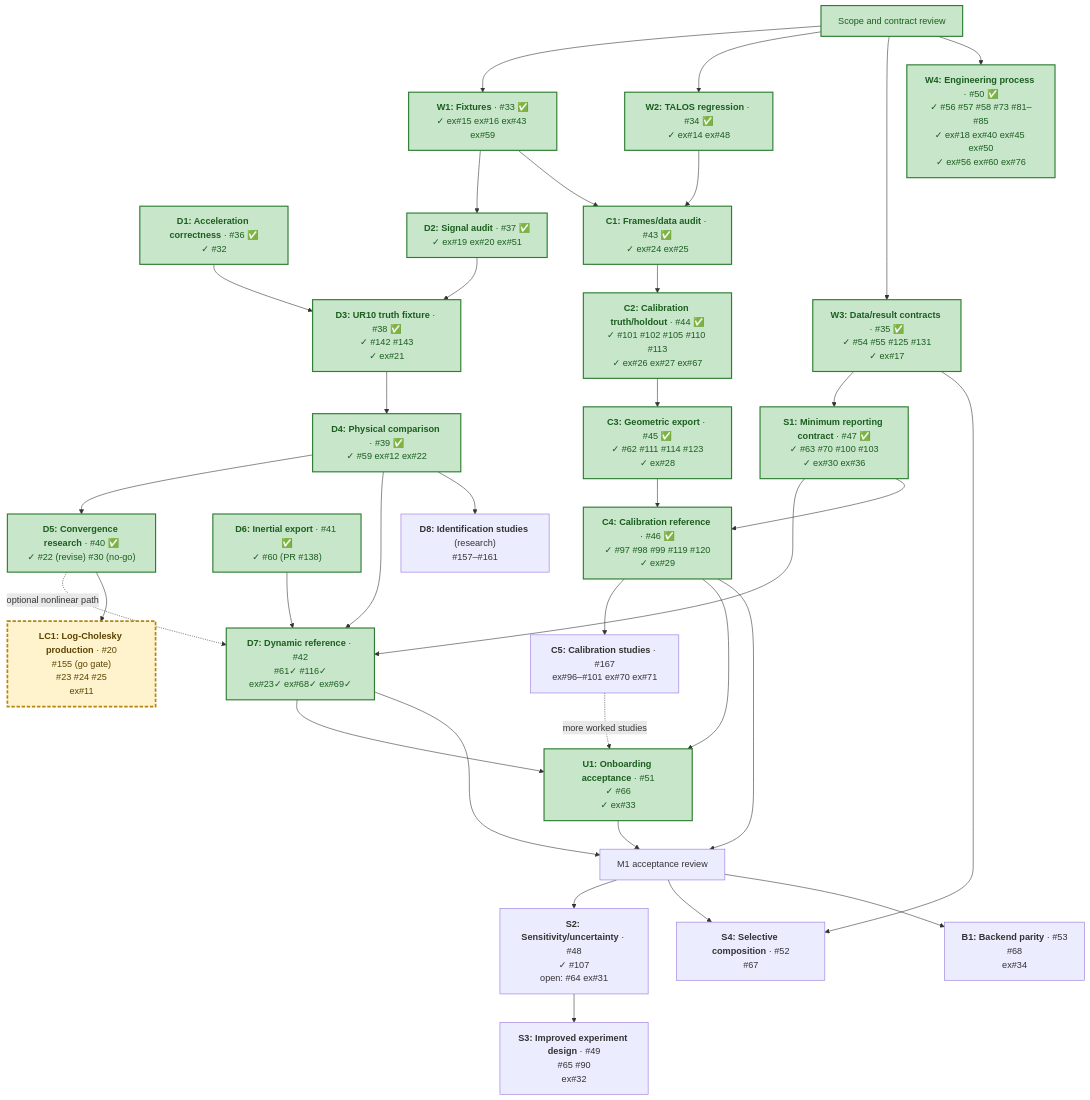
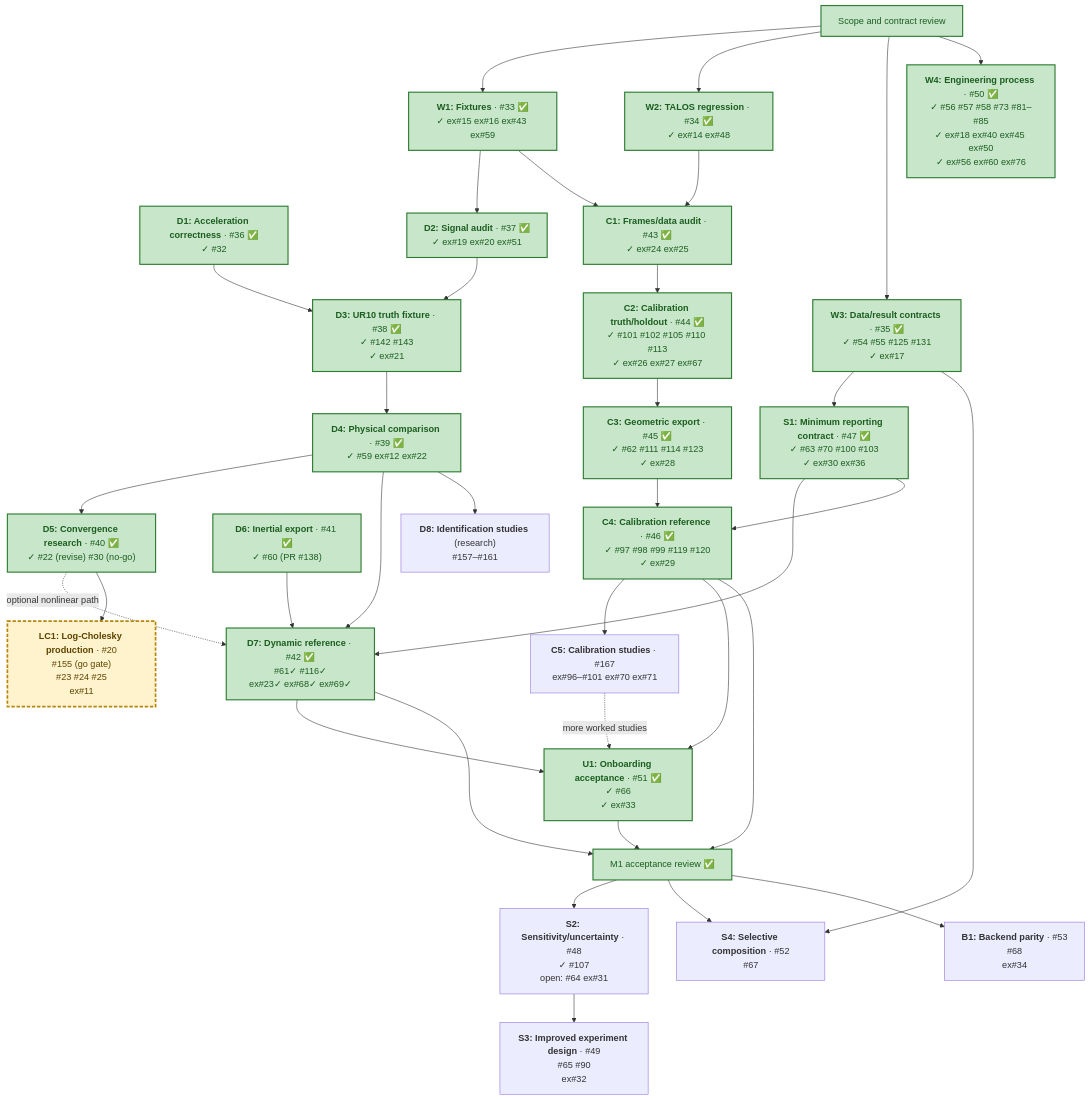
The diagram in docs/plans/identification-calibration-delivery.md (thanhndv212/figaroh-plus), drawn with Mermaid before and after one commit. The commit also changed other lines of this file and 1 other file, not shown here.

Commit message:
docs: record M1 and M0 gate reviews; fix stale roadmap text (#183)

````diff
--- a/docs/plans/identification-calibration-delivery.md
+++ b/docs/plans/identification-calibration-delivery.md
@@ -77,70 +77,70 @@
 ```mermaid
 flowchart TD
     R["Scope and contract review"]
     W1["<b>W1: Fixtures</b> · #33 ✅<br/>✓ ex#15 ex#16 ex#43 ex#59"]
     W2["<b>W2: TALOS regression</b> · #34 ✅<br/>✓ ex#14 ex#48"]
     W3["<b>W3: Data/result contracts</b> · #35 ✅<br/>✓ #54 #55 #125 #131<br/>✓ ex#17"]
     W4["<b>W4: Engineering process</b> · #50 ✅<br/>✓ #56 #57 #58 #73 #81–#85<br/>✓ ex#18 ex#40 ex#45 ex#50<br/>✓ ex#56 ex#60 ex#76"]
     D1["<b>D1: Acceleration correctness</b> · #36 ✅<br/>✓ #32"]
     D2["<b>D2: Signal audit</b> · #37 ✅<br/>✓ ex#19 ex#20 ex#51"]
     D3["<b>D3: UR10 truth fixture</b> · #38 ✅<br/>✓ #142 #143<br/>✓ ex#21"]
     D4["<b>D4: Physical comparison</b> · #39 ✅<br/>✓ #59 ex#12 ex#22"]
     D5["<b>D5: Convergence research</b> · #40 ✅<br/>✓ #22 (revise) #30 (no-go)"]
     D6["<b>D6: Inertial export</b> · #41 ✅<br/>✓ #60 (PR #138)"]
-    D7["<b>D7: Dynamic reference</b> · #42<br/>#61✓ #116✓<br/>ex#23✓ ex#68✓ ex#69✓"]
+    D7["<b>D7: Dynamic reference</b> · #42 ✅<br/>#61✓ #116✓<br/>ex#23✓ ex#68✓ ex#69✓"]
     C1["<b>C1: Frames/data audit</b> · #43 ✅<br/>✓ ex#24 ex#25"]
     C2["<b>C2: Calibration truth/holdout</b> · #44 ✅<br/>✓ #101 #102 #105 #110 #113<br/>✓ ex#26 ex#27 ex#67"]
     C3["<b>C3: Geometric export</b> · #45 ✅<br/>✓ #62 #111 #114 #123<br/>✓ ex#28"]
     C4["<b>C4: Calibration reference</b> · #46 ✅<br/>✓ #97 #98 #99 #119 #120<br/>✓ ex#29"]
     C5["<b>C5: Calibration studies</b> · #167<br/>ex#96–#101 ex#70 ex#71"]
     D8["<b>D8: Identification studies</b> (research)<br/>#157–#161"]
     S1["<b>S1: Minimum reporting contract</b> · #47 ✅<br/>✓ #63 #70 #100 #103<br/>✓ ex#30 ex#36"]
-    U1["<b>U1: Onboarding acceptance</b> · #51<br/>✓ #66<br/>✓ ex#33"]
-    A["M1 acceptance review"]
+    U1["<b>U1: Onboarding acceptance</b> · #51 ✅<br/>✓ #66<br/>✓ ex#33"]
+    A["M1 acceptance review ✅"]
     S2["<b>S2: Sensitivity/uncertainty</b> · #48<br/>✓ #107<br/>open: #64 ex#31"]
     S3["<b>S3: Improved experiment design</b> · #49<br/>#65 #90<br/>ex#32"]
     S4["<b>S4: Selective composition</b> · #52<br/>#67"]
     B1["<b>B1: Backend parity</b> · #53<br/>#68<br/>ex#34"]
     LC1["<b>LC1: Log-Cholesky production</b> · #20<br/>#155 (go gate)<br/>#23 #24 #25<br/>ex#11"]
 
     R --> W1
     R --> W2
     R --> W3
     R --> W4
     W1 --> D2
     D1 --> D3
     D2 --> D3
     D3 --> D4
     D4 --> D5
     D6 --> D7
     D4 --> D7
     D5 -. optional nonlinear path .-> D7
     D5 --> LC1
     W1 --> C1
     W2 --> C1
     C1 --> C2
     C2 --> C3
     C3 --> C4
     C4 --> C5
     D4 --> D8
     C5 -. more worked studies .-> U1
     W3 --> S1
     S1 --> D7
     S1 --> C4
     D7 --> U1
     C4 --> U1
     D7 --> A
     C4 --> A
     U1 --> A
     A --> S2
     S2 --> S3
     A --> S4
     W3 --> S4
     A --> B1
 
     classDef cleared fill:#c8e6c9,stroke:#2e7d32,stroke-width:2px,color:#1b5e20
     classDef ready fill:#fff3cd,stroke:#b8860b,color:#5c4400
-    class R,W1,W2,W3,W4,D1,D2,C1,C2,C3,S1,D6,C4,D3,D4,D5,D7,U1 cleared
+    class R,W1,W2,W3,W4,D1,D2,C1,C2,C3,S1,D6,C4,D3,D4,D5,D7,U1,A cleared
     class LC1 active
     classDef active fill:#fff3cd,stroke:#b8860b,stroke-width:3px,stroke-dasharray:6 3,color:#5c4400
 ```
````
